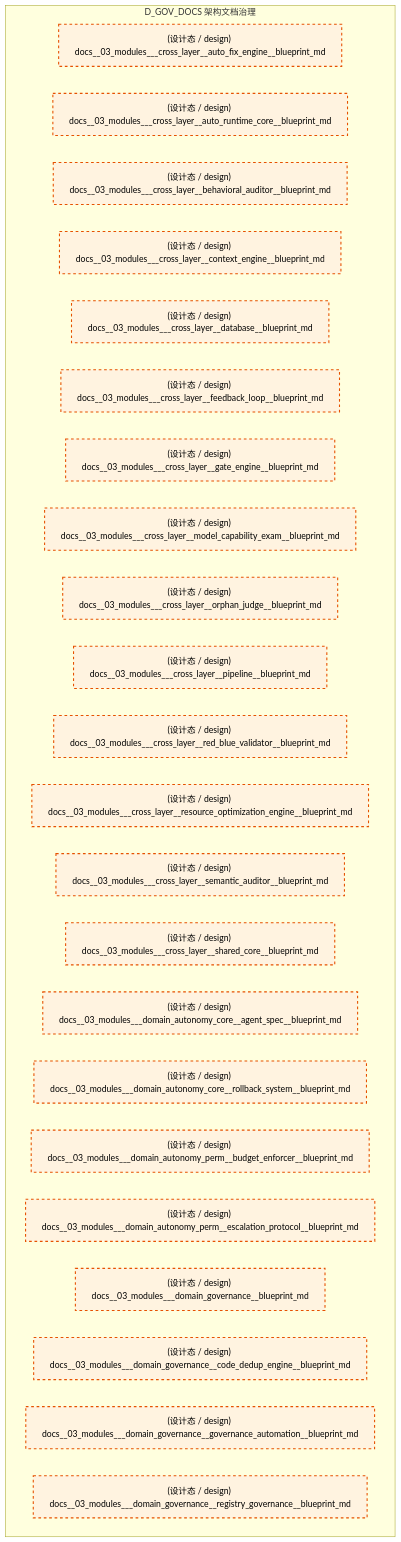
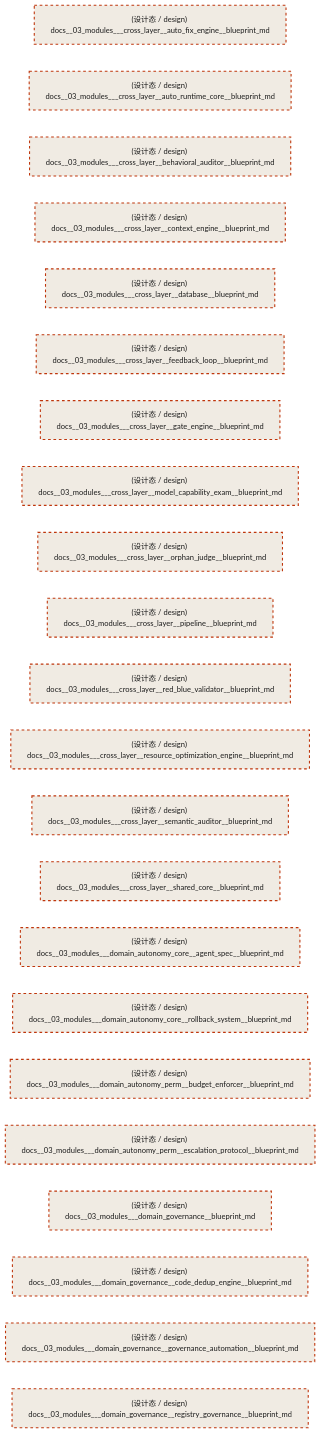
One commit to xuanFelixVan/ZephyrAlpha changed the third of 3 diagrams in docs/02_enterprise_architecture/02_domain_architecture_docs/51_d_gov_docs.md. Above: the diagram before and after it, drawn with Mermaid. The commit also changed other lines of this file and 76 other files, not shown here.

````diff
--- a/docs/02_enterprise_architecture/02_domain_architecture_docs/51_d_gov_docs.md
+++ b/docs/02_enterprise_architecture/02_domain_architecture_docs/51_d_gov_docs.md
@@ -146,32 +168,52 @@
 ```mermaid
-graph TD
-    subgraph D_GOV_DOCS["D_GOV_DOCS 架构文档治理"]
-        docs_03_modules_cross_layer_auto_fix_engine_blueprint_md["(设计态 / design) docs__03_modules___cross_layer__auto_fix_engine__blueprint_md"]
-        docs_03_modules_cross_layer_auto_runtime_core_blueprint_md["(设计态 / design) docs__03_modules___cross_layer__auto_runtime_core__blueprint_md"]
-        docs_03_modules_cross_layer_behavioral_auditor_blueprint_md["(设计态 / design) docs__03_modules___cross_layer__behavioral_auditor__blueprint_md"]
-        docs_03_modules_cross_layer_context_engine_blueprint_md["(设计态 / design) docs__03_modules___cross_layer__context_engine__blueprint_md"]
-        docs_03_modules_cross_layer_database_blueprint_md["(设计态 / design) docs__03_modules___cross_layer__database__blueprint_md"]
-        docs_03_modules_cross_layer_feedback_loop_blueprint_md["(设计态 / design) docs__03_modules___cross_layer__feedback_loop__blueprint_md"]
-        docs_03_modules_cross_layer_gate_engine_blueprint_md["(设计态 / design) docs__03_modules___cross_layer__gate_engine__blueprint_md"]
-        docs_03_modules_cross_layer_model_capability_exam_blueprint_md["(设计态 / design) docs__03_modules___cross_layer__model_capability_exam__blueprint_md"]
-        docs_03_modules_cross_layer_orphan_judge_blueprint_md["(设计态 / design) docs__03_modules___cross_layer__orphan_judge__blueprint_md"]
-        docs_03_modules_cross_layer_pipeline_blueprint_md["(设计态 / design) docs__03_modules___cross_layer__pipeline__blueprint_md"]
-        docs_03_modules_cross_layer_red_blue_validator_blueprint_md["(设计态 / design) docs__03_modules___cross_layer__red_blue_validator__blueprint_md"]
-        docs_03_modules_cross_layer_resource_optimization_engine_blueprint_md["(设计态 / design) docs__03_modules___cross_layer__resource_optimization_engine__blueprint_md"]
-        docs_03_modules_cross_layer_semantic_auditor_blueprint_md["(设计态 / design) docs__03_modules___cross_layer__semantic_auditor__blueprint_md"]
-        docs_03_modules_cross_layer_shared_core_blueprint_md["(设计态 / design) docs__03_modules___cross_layer__shared_core__blueprint_md"]
-        docs_03_modules_domain_autonomy_core_agent_spec_blueprint_md["(设计态 / design) docs__03_modules___domain_autonomy_core__agent_spec__blueprint_md"]
-        docs_03_modules_domain_autonomy_core_rollback_system_blueprint_md["(设计态 / design) docs__03_modules___domain_autonomy_core__rollback_system__blueprint_md"]
-        docs_03_modules_domain_autonomy_perm_budget_enforcer_blueprint_md["(设计态 / design) docs__03_modules___domain_autonomy_perm__budget_enforcer__blueprint_md"]
-        docs_03_modules_domain_autonomy_perm_escalation_protocol_blueprint_md["(设计态 / design) docs__03_modules___domain_autonomy_perm__escalation_protocol__blueprint_md"]
-        docs_03_modules_domain_governance_blueprint_md["(设计态 / design) docs__03_modules___domain_governance__blueprint_md"]
-        docs_03_modules_domain_governance_code_dedup_engine_blueprint_md["(设计态 / design) docs__03_modules___domain_governance__code_dedup_engine__blueprint_md"]
-        docs_03_modules_domain_governance_governance_automation_blueprint_md["(设计态 / design) docs__03_modules___domain_governance__governance_automation__blueprint_md"]
-        docs_03_modules_domain_governance_registry_governance_blueprint_md["(设计态 / design) docs__03_modules___domain_governance__registry_governance__blueprint_md"]
-    end
-    classDef production fill:#e1f5fe,stroke:#01579b,stroke-width:2px,color:#000
-    classDef design fill:#fff3e0,stroke:#e65100,stroke-width:2px,color:#000,stroke-dasharray: 5 5
-    classDef external_prod fill:#e8f5e9,stroke:#1b5e20,stroke-width:1px,color:#000
-    classDef external_design fill:#fce4ec,stroke:#880e4f,stroke-width:1px,color:#000,stroke-dasharray: 5 5
+%%{init: {'theme': 'base', 'themeVariables': {'primaryColor': '#eaeaea', 'primaryTextColor': '#333333', 'primaryBorderColor': '#666666', 'lineColor': '#666666', 'secondaryColor': '#eaeaea', 'tertiaryColor': '#eaeaea', 'fontSize': '14px'}}}%%
+flowchart TD
+    docs_03_modules_cross_layer_auto_fix_engine_blueprint_md["(设计态 / design) docs__03_modules___cross_layer__auto_fix_engine__blueprint_md"]
+    docs_03_modules_cross_layer_auto_runtime_core_blueprint_md["(设计态 / design) docs__03_modules___cross_layer__auto_runtime_core__blueprint_md"]
+    docs_03_modules_cross_layer_behavioral_auditor_blueprint_md["(设计态 / design) docs__03_modules___cross_layer__behavioral_auditor__blueprint_md"]
+    docs_03_modules_cross_layer_context_engine_blueprint_md["(设计态 / design) docs__03_modules___cross_layer__context_engine__blueprint_md"]
+    docs_03_modules_cross_layer_database_blueprint_md["(设计态 / design) docs__03_modules___cross_layer__database__blueprint_md"]
+    docs_03_modules_cross_layer_feedback_loop_blueprint_md["(设计态 / design) docs__03_modules___cross_layer__feedback_loop__blueprint_md"]
+    docs_03_modules_cross_layer_gate_engine_blueprint_md["(设计态 / design) docs__03_modules___cross_layer__gate_engine__blueprint_md"]
+    docs_03_modules_cross_layer_model_capability_exam_blueprint_md["(设计态 / design) docs__03_modules___cross_layer__model_capability_exam__blueprint_md"]
+    docs_03_modules_cross_layer_orphan_judge_blueprint_md["(设计态 / design) docs__03_modules___cross_layer__orphan_judge__blueprint_md"]
+    docs_03_modules_cross_layer_pipeline_blueprint_md["(设计态 / design) docs__03_modules___cross_layer__pipeline__blueprint_md"]
+    docs_03_modules_cross_layer_red_blue_validator_blueprint_md["(设计态 / design) docs__03_modules___cross_layer__red_blue_validator__blueprint_md"]
+    docs_03_modules_cross_layer_resource_optimization_engine_blueprint_md["(设计态 / design) docs__03_modules___cross_layer__resource_optimization_engine__blueprint_md"]
+    docs_03_modules_cross_layer_semantic_auditor_blueprint_md["(设计态 / design) docs__03_modules___cross_layer__semantic_auditor__blueprint_md"]
+    docs_03_modules_cross_layer_shared_core_blueprint_md["(设计态 / design) docs__03_modules___cross_layer__shared_core__blueprint_md"]
+    docs_03_modules_domain_autonomy_core_agent_spec_blueprint_md["(设计态 / design) docs__03_modules___domain_autonomy_core__agent_spec__blueprint_md"]
+    docs_03_modules_domain_autonomy_core_rollback_system_blueprint_md["(设计态 / design) docs__03_modules___domain_autonomy_core__rollback_system__blueprint_md"]
+    docs_03_modules_domain_autonomy_perm_budget_enforcer_blueprint_md["(设计态 / design) docs__03_modules___domain_autonomy_perm__budget_enforcer__blueprint_md"]
+    docs_03_modules_domain_autonomy_perm_escalation_protocol_blueprint_md["(设计态 / design) docs__03_modules___domain_autonomy_perm__escalation_protocol__blueprint_md"]
+    docs_03_modules_domain_governance_blueprint_md["(设计态 / design) docs__03_modules___domain_governance__blueprint_md"]
+    docs_03_modules_domain_governance_code_dedup_engine_blueprint_md["(设计态 / design) docs__03_modules___domain_governance__code_dedup_engine__blueprint_md"]
+    docs_03_modules_domain_governance_governance_automation_blueprint_md["(设计态 / design) docs__03_modules___domain_governance__governance_automation__blueprint_md"]
+    docs_03_modules_domain_governance_registry_governance_blueprint_md["(设计态 / design) docs__03_modules___domain_governance__registry_governance__blueprint_md"]
+    docs_03_modules_cross_layer_auto_fix_engine_blueprint_md ~~~ docs_03_modules_cross_layer_auto_runtime_core_blueprint_md
+    docs_03_modules_cross_layer_auto_runtime_core_blueprint_md ~~~ docs_03_modules_cross_layer_behavioral_auditor_blueprint_md
+    docs_03_modules_cross_layer_behavioral_auditor_blueprint_md ~~~ docs_03_modules_cross_layer_context_engine_blueprint_md
+    docs_03_modules_cross_layer_context_engine_blueprint_md ~~~ docs_03_modules_cross_layer_database_blueprint_md
+    docs_03_modules_cross_layer_database_blueprint_md ~~~ docs_03_modules_cross_layer_feedback_loop_blueprint_md
+    docs_03_modules_cross_layer_feedback_loop_blueprint_md ~~~ docs_03_modules_cross_layer_gate_engine_blueprint_md
+    docs_03_modules_cross_layer_gate_engine_blueprint_md ~~~ docs_03_modules_cross_layer_model_capability_exam_blueprint_md
+    docs_03_modules_cross_layer_model_capability_exam_blueprint_md ~~~ docs_03_modules_cross_layer_orphan_judge_blueprint_md
+    docs_03_modules_cross_layer_orphan_judge_blueprint_md ~~~ docs_03_modules_cross_layer_pipeline_blueprint_md
+    docs_03_modules_cross_layer_pipeline_blueprint_md ~~~ docs_03_modules_cross_layer_red_blue_validator_blueprint_md
+    docs_03_modules_cross_layer_red_blue_validator_blueprint_md ~~~ docs_03_modules_cross_layer_resource_optimization_engine_blueprint_md
+    docs_03_modules_cross_layer_resource_optimization_engine_blueprint_md ~~~ docs_03_modules_cross_layer_semantic_auditor_blueprint_md
+    docs_03_modules_cross_layer_semantic_auditor_blueprint_md ~~~ docs_03_modules_cross_layer_shared_core_blueprint_md
+    docs_03_modules_cross_layer_shared_core_blueprint_md ~~~ docs_03_modules_domain_autonomy_core_agent_spec_blueprint_md
+    docs_03_modules_domain_autonomy_core_agent_spec_blueprint_md ~~~ docs_03_modules_domain_autonomy_core_rollback_system_blueprint_md
+    docs_03_modules_domain_autonomy_core_rollback_system_blueprint_md ~~~ docs_03_modules_domain_autonomy_perm_budget_enforcer_blueprint_md
+    docs_03_modules_domain_autonomy_perm_budget_enforcer_blueprint_md ~~~ docs_03_modules_domain_autonomy_perm_escalation_protocol_blueprint_md
+    docs_03_modules_domain_autonomy_perm_escalation_protocol_blueprint_md ~~~ docs_03_modules_domain_governance_blueprint_md
+    docs_03_modules_domain_governance_blueprint_md ~~~ docs_03_modules_domain_governance_code_dedup_engine_blueprint_md
+    docs_03_modules_domain_governance_code_dedup_engine_blueprint_md ~~~ docs_03_modules_domain_governance_governance_automation_blueprint_md
+    docs_03_modules_domain_governance_governance_automation_blueprint_md ~~~ docs_03_modules_domain_governance_registry_governance_blueprint_md
+    classDef production fill:#e8edf2,stroke:#0277bd,stroke-width:2px,color:#1a1a1a
+    classDef design fill:#f0ebe3,stroke:#bf360c,stroke-width:2px,color:#1a1a1a,stroke-dasharray: 5 5
+    classDef external_prod fill:#e8efe9,stroke:#1b5e20,stroke-width:1px,color:#1a1a1a
+    classDef external_design fill:#efe5ea,stroke:#880e4f,stroke-width:1px,color:#1a1a1a,stroke-dasharray: 5 5
     class docs_03_modules_cross_layer_auto_fix_engine_blueprint_md,docs_03_modules_cross_layer_auto_runtime_core_blueprint_md,docs_03_modules_cross_layer_behavioral_auditor_blueprint_md,docs_03_modules_cross_layer_context_engine_blueprint_md,docs_03_modules_cross_layer_database_blueprint_md,docs_03_modules_cross_layer_feedback_loop_blueprint_md,docs_03_modules_cross_layer_gate_engine_blueprint_md,docs_03_modules_cross_layer_model_capability_exam_blueprint_md,docs_03_modules_cross_layer_orphan_judge_blueprint_md,docs_03_modules_cross_layer_pipeline_blueprint_md,docs_03_modules_cross_layer_red_blue_validator_blueprint_md,docs_03_modules_cross_layer_resource_optimization_engine_blueprint_md,docs_03_modules_cross_layer_semantic_auditor_blueprint_md,docs_03_modules_cross_layer_shared_core_blueprint_md,docs_03_modules_domain_autonomy_core_agent_spec_blueprint_md,docs_03_modules_domain_autonomy_core_rollback_system_blueprint_md,docs_03_modules_domain_autonomy_perm_budget_enforcer_blueprint_md,docs_03_modules_domain_autonomy_perm_escalation_protocol_blueprint_md,docs_03_modules_domain_governance_blueprint_md,docs_03_modules_domain_governance_code_dedup_engine_blueprint_md,docs_03_modules_domain_governance_governance_automation_blueprint_md,docs_03_modules_domain_governance_registry_governance_blueprint_md design
 ```
````
